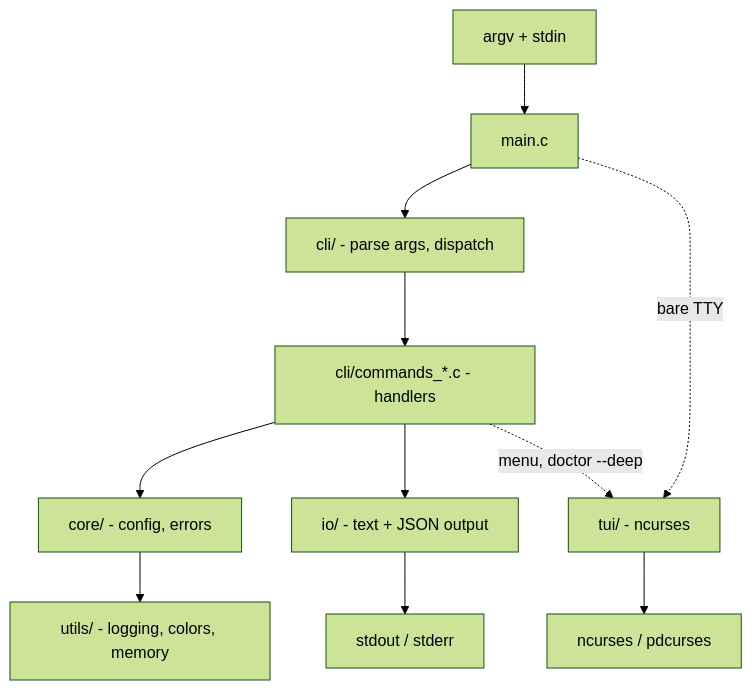
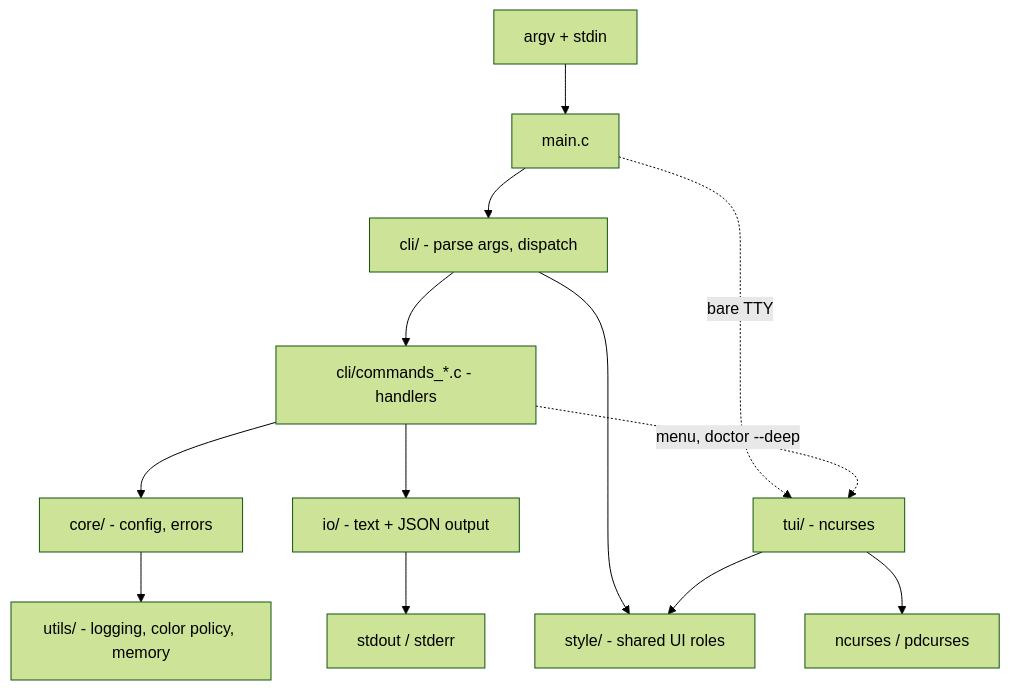
Before and after one commit to sammyjoyce/curspan: the diagram in docs/ARCHITECTURE.md, drawn with Mermaid (forest theme). The commit also changed other lines of this file and 55 other files, not shown here.

````diff
--- a/docs/ARCHITECTURE.md
+++ b/docs/ARCHITECTURE.md
@@ -25,13 +38,15 @@
 ```mermaid
 graph TD
     USER[argv + stdin] --> MAIN[main.c]
     MAIN --> CLI["cli/ - parse args, dispatch"]
     CLI --> CMD["cli/commands_*.c - handlers"]
     CMD --> CORE["core/ - config, errors"]
     CMD --> IO["io/ - text + JSON output"]
+    CLI --> STYLE["style/ - shared UI roles"]
     MAIN -. "bare TTY" .-> TUI["tui/ - ncurses"]
     CMD -. "menu, doctor --deep" .-> TUI
-    CORE --> UTILS["utils/ - logging, colors, memory"]
+    TUI --> STYLE
+    CORE --> UTILS["utils/ - logging, color policy, memory"]
     IO --> TERM[stdout / stderr]
     TUI --> CURSES[ncurses / pdcurses]
 ```
````
